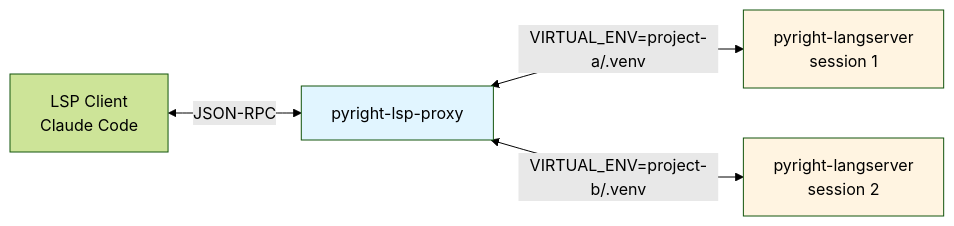
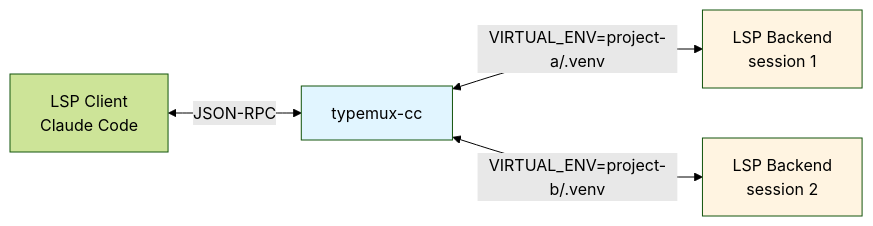
The first of 6 diagrams in ARCHITECTURE.md (K-dash/typemux-cc), drawn with Mermaid (forest theme) before and after one commit. The commit also changed other lines of this file and 14 other files, not shown here.

First line of the commit message:
rename: pyright-lsp-proxy → typemux-cc

````diff
--- a/ARCHITECTURE.md
+++ b/ARCHITECTURE.md
@@ -52,10 +52,10 @@
 ```mermaid
 graph LR
-    Client[LSP Client<br/>Claude Code] <-->|JSON-RPC| Proxy[pyright-lsp-proxy]
-    Proxy <-->|VIRTUAL_ENV=project-a/.venv| Backend1[pyright-langserver<br/>session 1]
-    Proxy <-->|VIRTUAL_ENV=project-b/.venv| Backend2[pyright-langserver<br/>session 2]
+    Client[LSP Client<br/>Claude Code] <-->|JSON-RPC| Proxy[typemux-cc]
+    Proxy <-->|VIRTUAL_ENV=project-a/.venv| Backend1[LSP Backend<br/>session 1]
+    Proxy <-->|VIRTUAL_ENV=project-b/.venv| Backend2[LSP Backend<br/>session 2]
 
     style Proxy fill:#e1f5ff
     style Backend1 fill:#fff4e1
     style Backend2 fill:#fff4e1
 ```
````
